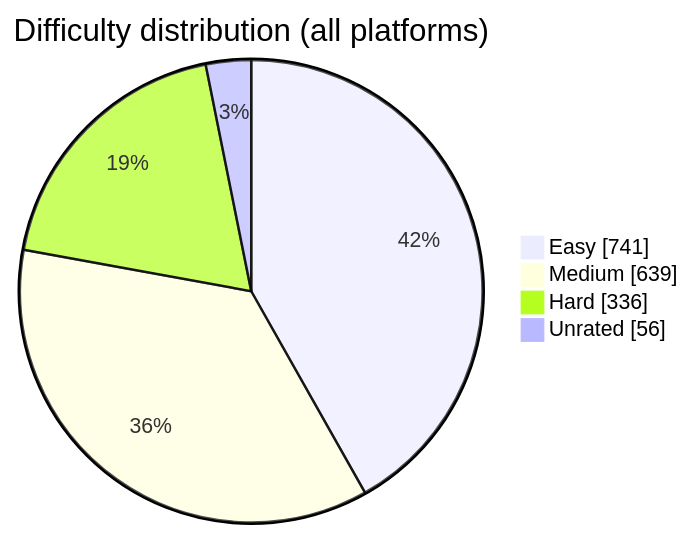
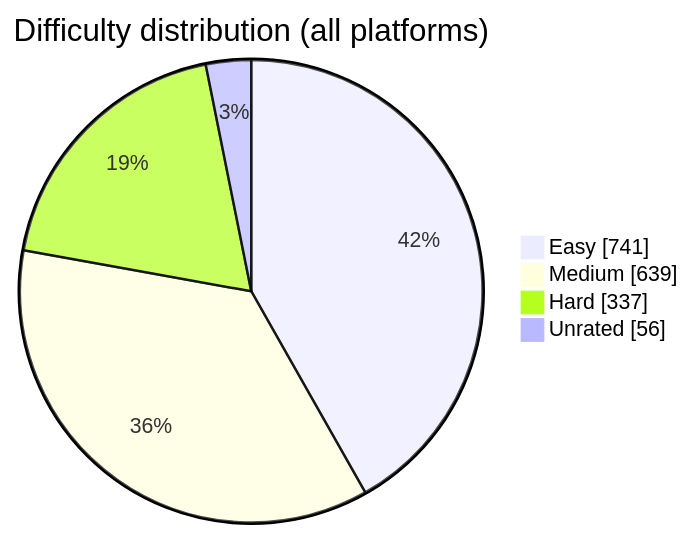
The diagram in README.md (BuildbyArindam/Daily-Coding-Log), drawn with Mermaid before and after one commit. The commit also changed other lines of this file, not shown here.

````diff
--- a/README.md
+++ b/README.md
@@ -108,7 +108,7 @@
 ```mermaid
 pie showData title Difficulty distribution (all platforms)
     "Easy" : 741
     "Medium" : 639
-    "Hard" : 336
+    "Hard" : 337
     "Unrated" : 56
 ```
````
